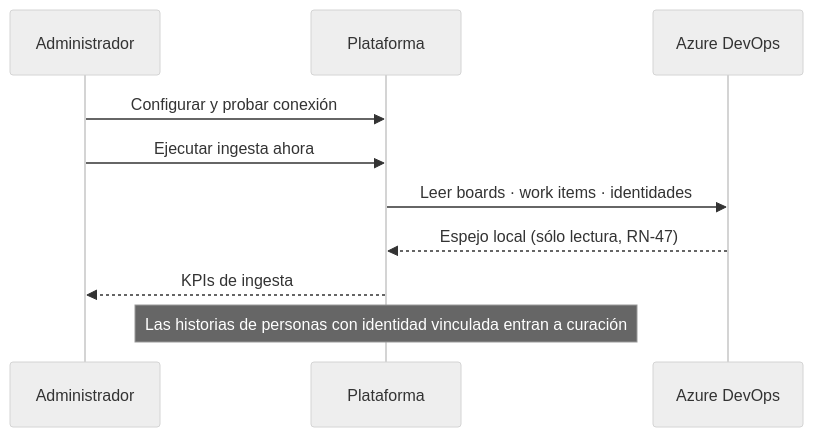
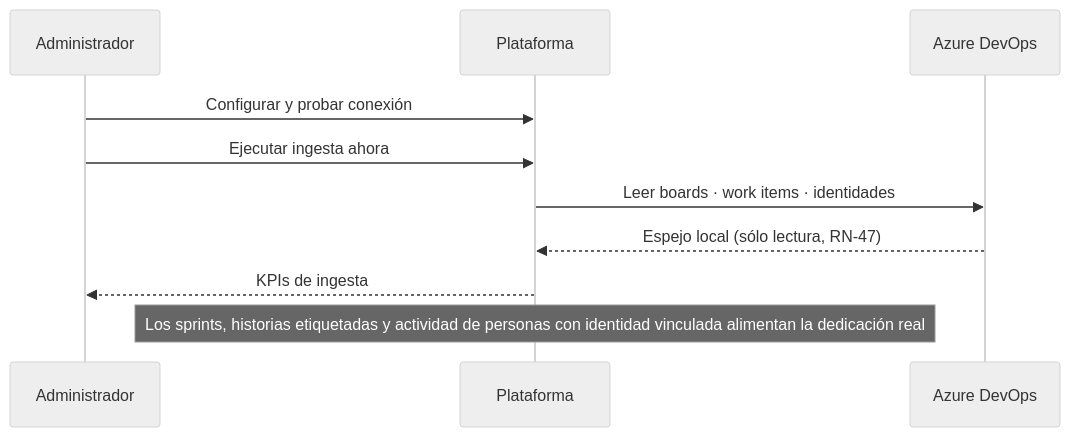
Before and after one commit to estibenlicona/anto: the fourth of 17 diagrams in context/docs/Roles_y_Permisos_Plataforma.md, drawn with Mermaid (neutral theme). The commit also changed other lines of this file and 500 other files, not shown here.

````diff
--- a/context/docs/Roles_y_Permisos_Plataforma.md
+++ b/context/docs/Roles_y_Permisos_Plataforma.md
@@ -133,12 +133,12 @@
 ```mermaid
 sequenceDiagram
     participant AD as Administrador
     participant PL as Plataforma
     participant DO as Azure DevOps
     AD->>PL: Configurar y probar conexión
     AD->>PL: Ejecutar ingesta ahora
     PL->>DO: Leer boards · work items · identidades
     DO-->>PL: Espejo local (sólo lectura, RN-47)
     PL-->>AD: KPIs de ingesta
-    Note over PL: Las historias de personas con identidad vinculada entran a curación
+    Note over PL: Los sprints, historias etiquetadas y actividad de personas con identidad vinculada alimentan la dedicación real
 ```
````
